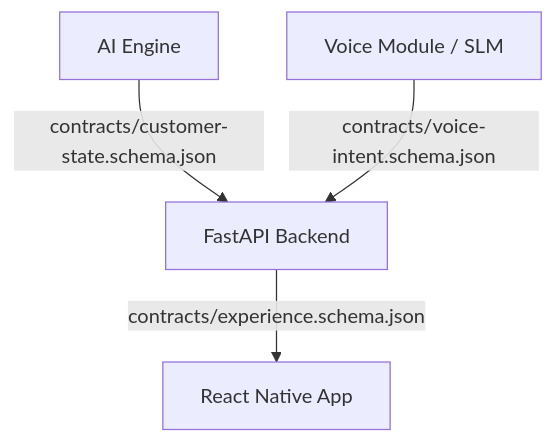
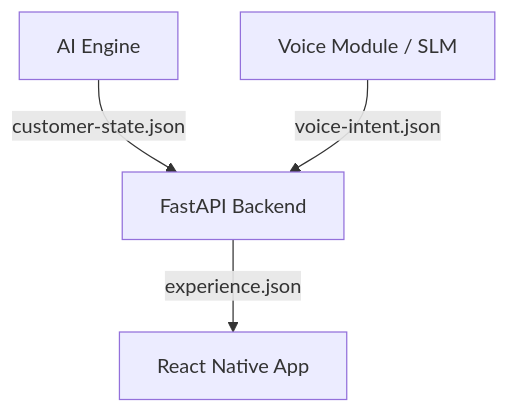
Before and after one commit to Neutron-0/ABC-Bank: the fifth of 7 diagrams in docs/architecture/overview.md, drawn with Mermaid. The commit also changed other lines of this file and 33 other files, not shown here.

````diff
--- a/docs/architecture/overview.md
+++ b/docs/architecture/overview.md
@@ -136,6 +136,6 @@
 ```mermaid
 flowchart TD
-    AI["AI Engine"] -->|"contracts/customer-state.schema.json"| Backend["FastAPI Backend"]
-    Backend -->|"contracts/experience.schema.json"| Frontend["React Native App"]
-    Voice["Voice Module / SLM"] -->|"contracts/voice-intent.schema.json"| Backend
+    AI["AI Engine"] -->|customer-state.json| Backend["FastAPI Backend"]
+    Backend -->|experience.json| Frontend["React Native App"]
+    Voice["Voice Module / SLM"] -->|voice-intent.json| Backend
 ```
````
